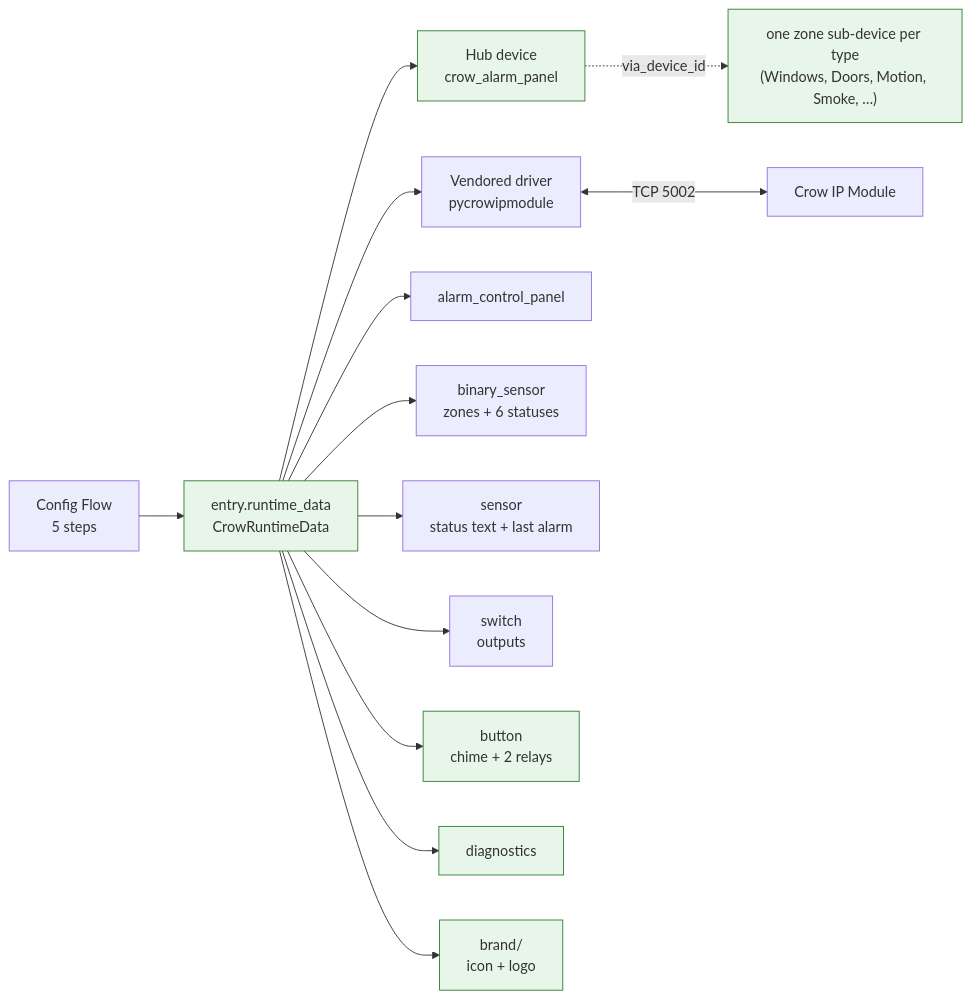
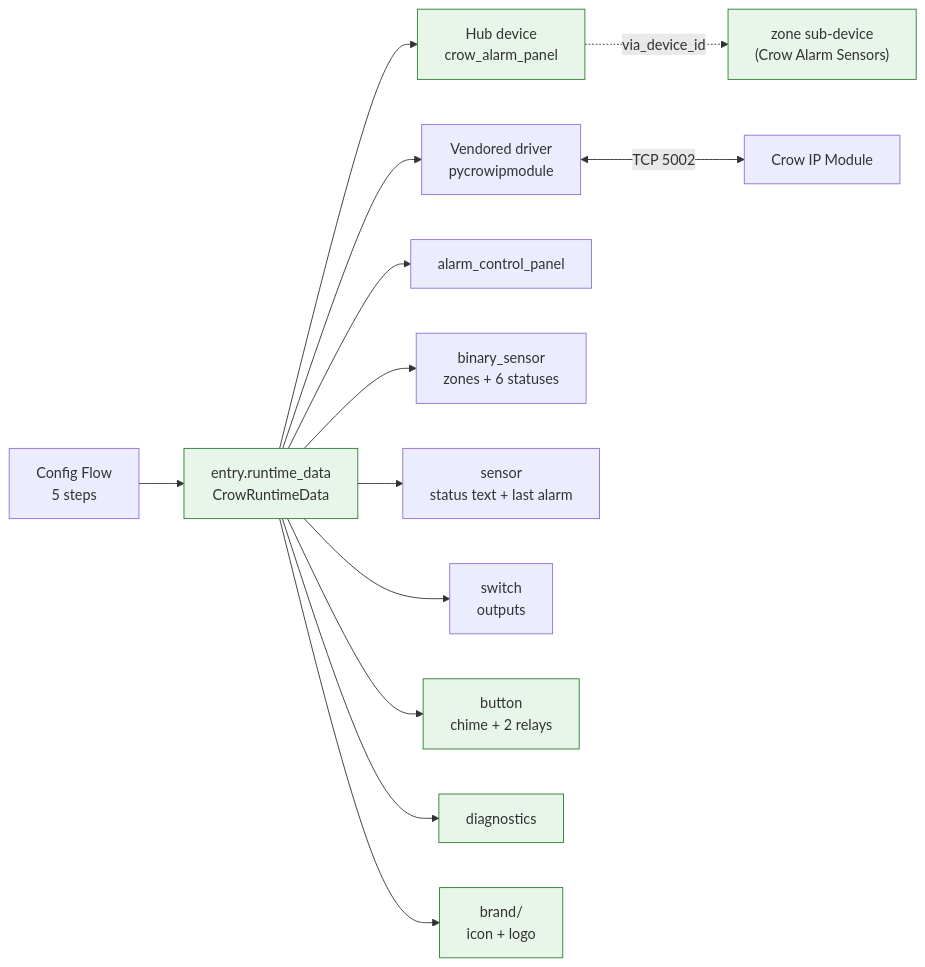
Diagram 12 of 13 in docs/WORKFLOWS.md (acdcnow/Crow-AAP-Alarm-System-for-Home-Assistant), drawn with Mermaid before and after one commit. The commit also changed 10 other files, not shown here.

First line of the commit message:
feat(zones)!: put every zone entity on one device, retire the per-type zone devices

````diff
--- a/docs/WORKFLOWS.md
+++ b/docs/WORKFLOWS.md
@@ -324,19 +324,19 @@
 ```mermaid
 flowchart LR
     CF["Config Flow<br/>5 steps"] --> RD["entry.runtime_data<br/>CrowRuntimeData"]
     RD --> D1["Hub device<br/>crow_alarm_panel"]
     RD --> C["Vendored driver<br/>pycrowipmodule"]
     C <-->|TCP 5002| IPM["Crow IP Module"]
-    D1 -.->|via_device_id| D2["one zone sub-device per type<br/>(Windows, Doors, Motion, Smoke, …)"]
+    D1 -.->|via_device_id| D2["zone sub-device<br/>(Crow Alarm Sensors)"]
 
     RD --> P1["alarm_control_panel"]
     RD --> P2["binary_sensor<br/>zones + 6 statuses"]
     RD --> P3["sensor<br/>status text + last alarm"]
     RD --> P4["switch<br/>outputs"]
     RD --> P5["button<br/>chime + 2 relays"]
     RD --> P6["diagnostics"]
     RD --> P7["brand/<br/>icon + logo"]
 
     classDef new fill:#e8f5e9,stroke:#2e7d32
     class RD,D1,D2,P5,P6,P7 new
 ```
````
